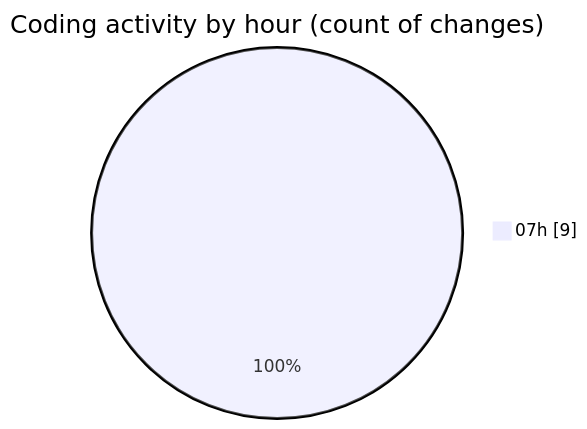
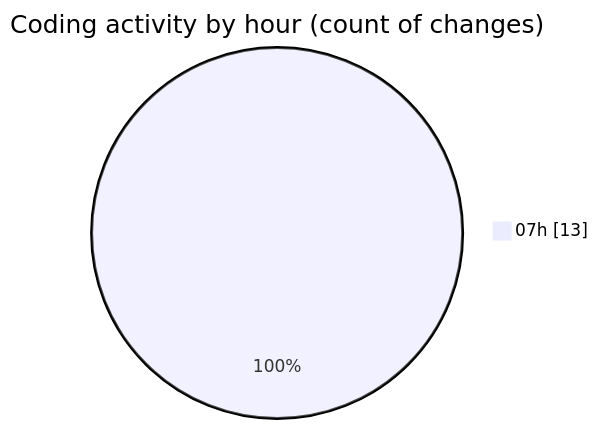
Before and after one commit to robertbonfada/code-tracking: the second of 2 diagrams in 2025-03-10/mbc-web/README.md, drawn with Mermaid. The commit also changed other lines of this file and 1 other file, not shown here.

````diff
--- a/2025-03-10/mbc-web/README.md
+++ b/2025-03-10/mbc-web/README.md
@@ -30,5 +32,5 @@
 ```mermaid
 pie showData
 title Coding activity by hour (count of changes)
-"07h" : 9
+"07h" : 13
 ```
````
